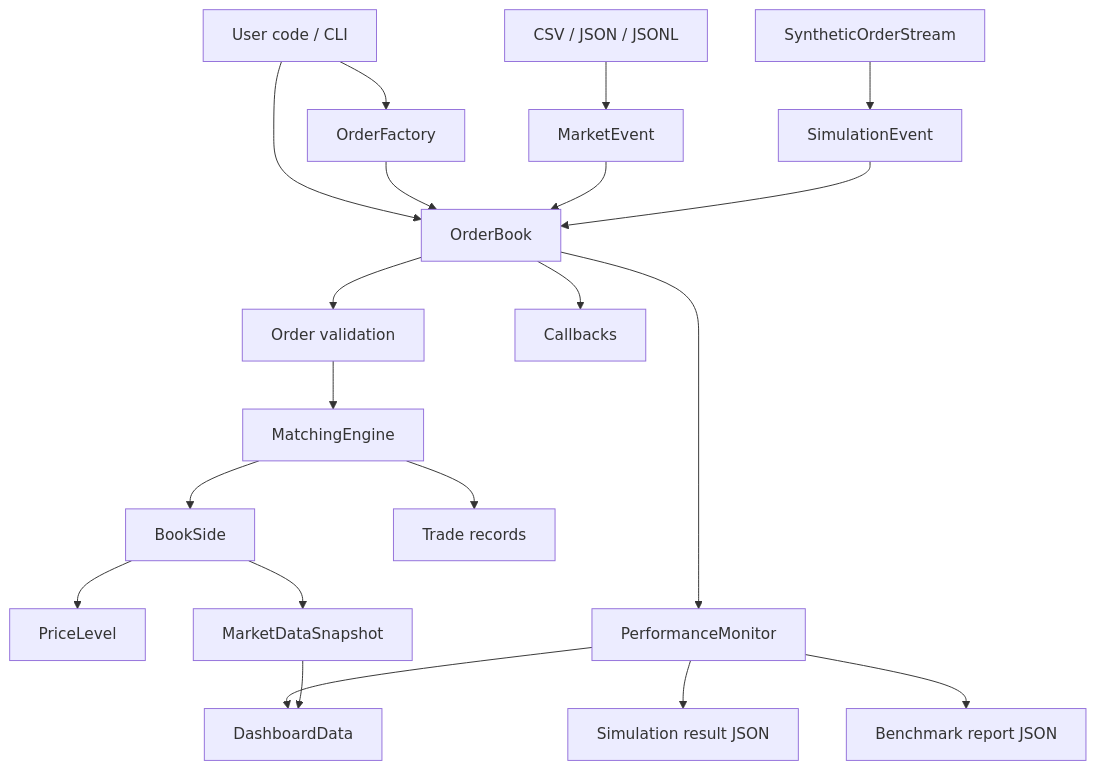
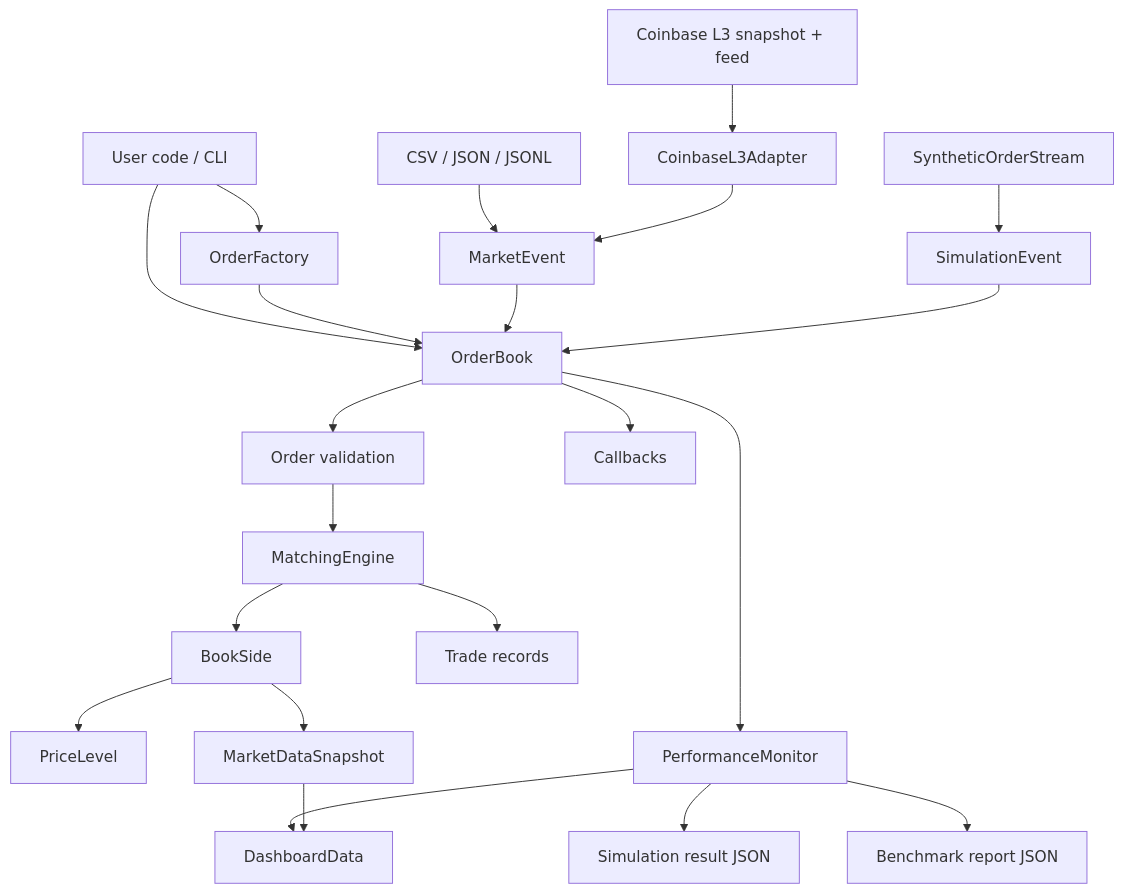
One commit to Taz33m/tracebook changed the first of 2 diagrams in docs/architecture.md. Above: the diagram before and after it, drawn with Mermaid. The commit also changed other lines of this file and 27 other files, not shown here.

Commit message:
feat: add Coinbase Exchange L3 adapter

````diff
--- a/docs/architecture.md
+++ b/docs/architecture.md
@@ -7,22 +7,24 @@
 ```mermaid
 flowchart TD
     A["User code / CLI"] --> B["OrderFactory"]
     A --> C["OrderBook"]
     B --> C
     C --> D["Order validation"]
     D --> E["MatchingEngine"]
     E --> F["BookSide"]
     F --> G["PriceLevel"]
     E --> H["Trade records"]
     F --> I["MarketDataSnapshot"]
     J["SyntheticOrderStream"] --> K["SimulationEvent"]
     Q["CSV / JSON / JSONL"] --> R["MarketEvent"]
+    S["Coinbase L3 snapshot + feed"] --> T["CoinbaseL3Adapter"]
+    T --> R
     R --> C
     K --> C
     C --> L["Callbacks"]
     C --> M["PerformanceMonitor"]
     M --> N["Simulation result JSON"]
     M --> O["Benchmark report JSON"]
     M --> P["DashboardData"]
     I --> P
 ```
````
